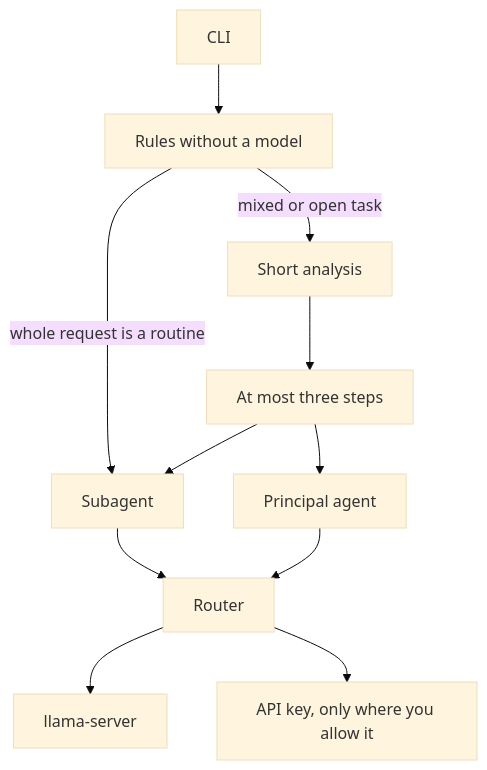
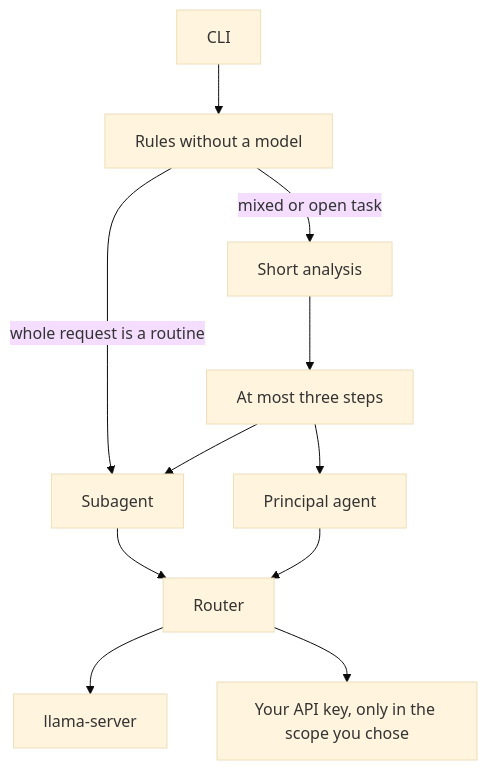
The diagram in README.md (JoaoPHS/AgentX), drawn with Mermaid (base theme) before and after one commit. The commit also changed other lines of this file and 8 other files, not shown here.

First line of the commit message:
Use English session commands for any configured remote key.

````diff
--- a/README.md
+++ b/README.md
@@ -15,13 +15,13 @@
 ```mermaid
 flowchart TD
   cli[CLI] --> rules[Rules without a model]
   rules -->|whole request is a routine| routine[Subagent]
   rules -->|mixed or open task| analyze[Short analysis]
   analyze --> plan[At most three steps]
   plan --> routine
   plan --> principal[Principal agent]
   routine --> router[Router]
   principal --> router
   router --> local[llama-server]
-  router --> remote[API key, only where you allow it]
+  router --> remote[Your API key, only in the scope you chose]
 ```
````
